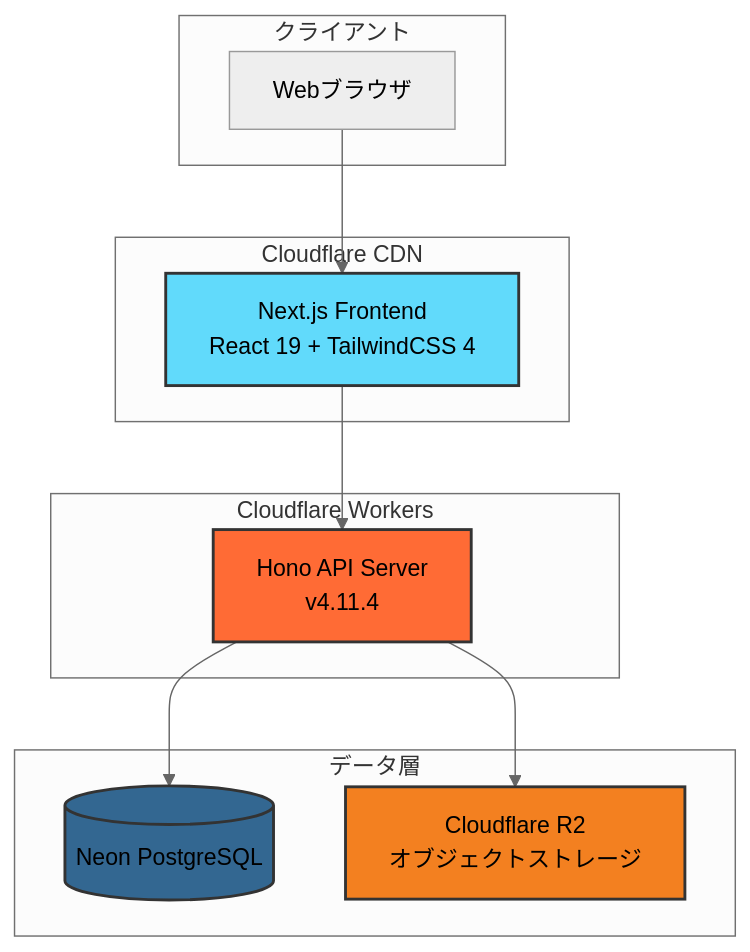
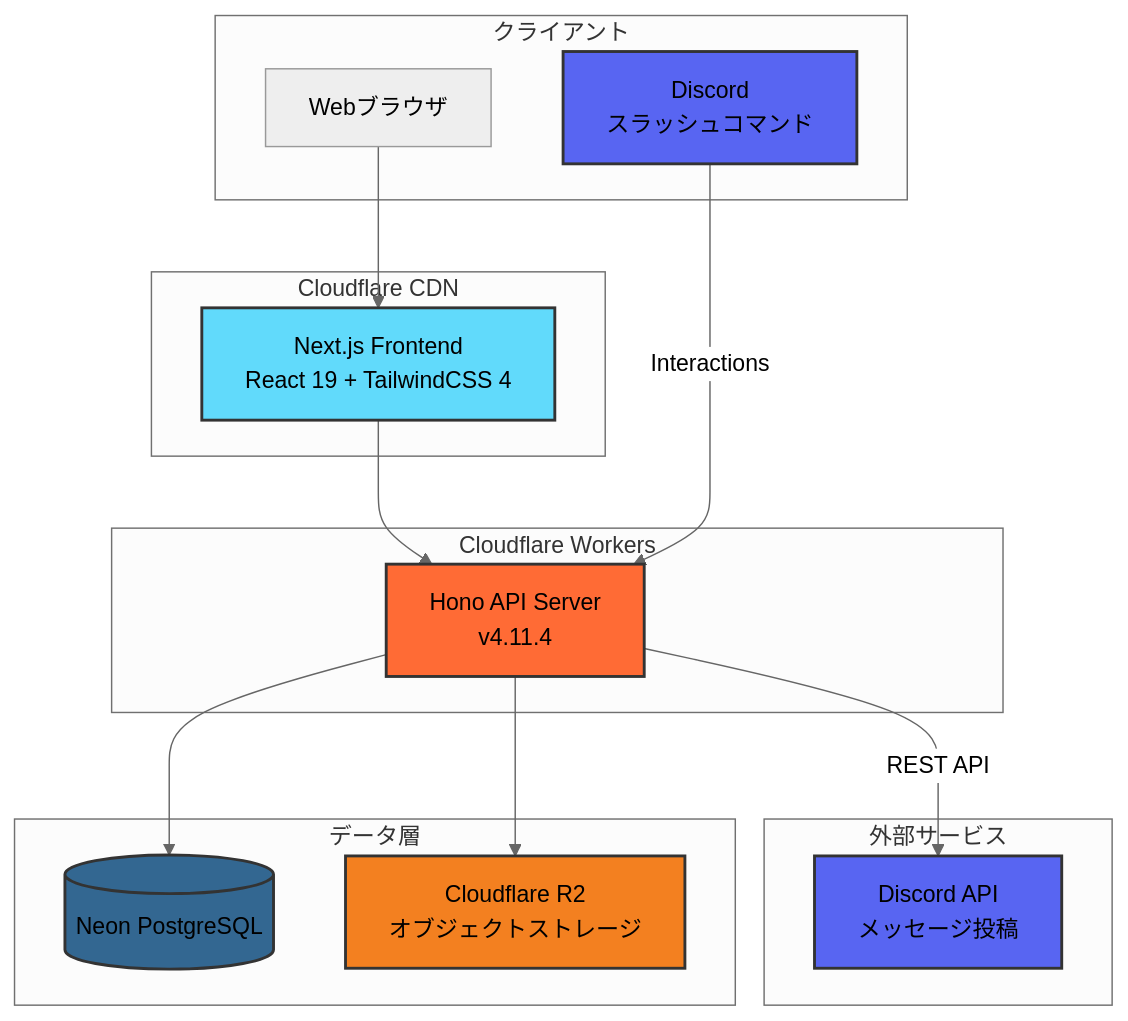
The first of 4 diagrams in readme.md (ProjectEuropa/Europa), drawn with Mermaid (neutral theme) before and after one commit. The commit also changed other lines of this file and 1 other file, not shown here.

````diff
--- a/readme.md
+++ b/readme.md
@@ -171,29 +199,38 @@
 ```mermaid
 graph TB
     subgraph "クライアント"
         Browser[Webブラウザ]
+        Discord[Discord<br/>スラッシュコマンド]
     end
 
     subgraph "Cloudflare CDN"
         Frontend[Next.js Frontend<br/>React 19 + TailwindCSS 4]
     end
 
     subgraph "Cloudflare Workers"
         API[Hono API Server<br/>v4.11.4]
     end
 
+    subgraph "外部サービス"
+        DiscordAPI[Discord API<br/>メッセージ投稿]
+    end
+
     subgraph "データ層"
         DB[(Neon PostgreSQL)]
         R2[Cloudflare R2<br/>オブジェクトストレージ]
     end
 
     Browser --> Frontend
     Frontend --> API
+    Discord -->|Interactions| API
     API --> DB
     API --> R2
+    API -->|REST API| DiscordAPI
 
     style Frontend fill:#61dafb,stroke:#333,stroke-width:2px
     style API fill:#ff6b35,stroke:#333,stroke-width:2px
     style DB fill:#336791,stroke:#333,stroke-width:2px
     style R2 fill:#f38020,stroke:#333,stroke-width:2px
+    style Discord fill:#5865F2,stroke:#333,stroke-width:2px
+    style DiscordAPI fill:#5865F2,stroke:#333,stroke-width:2px
 ```
````
